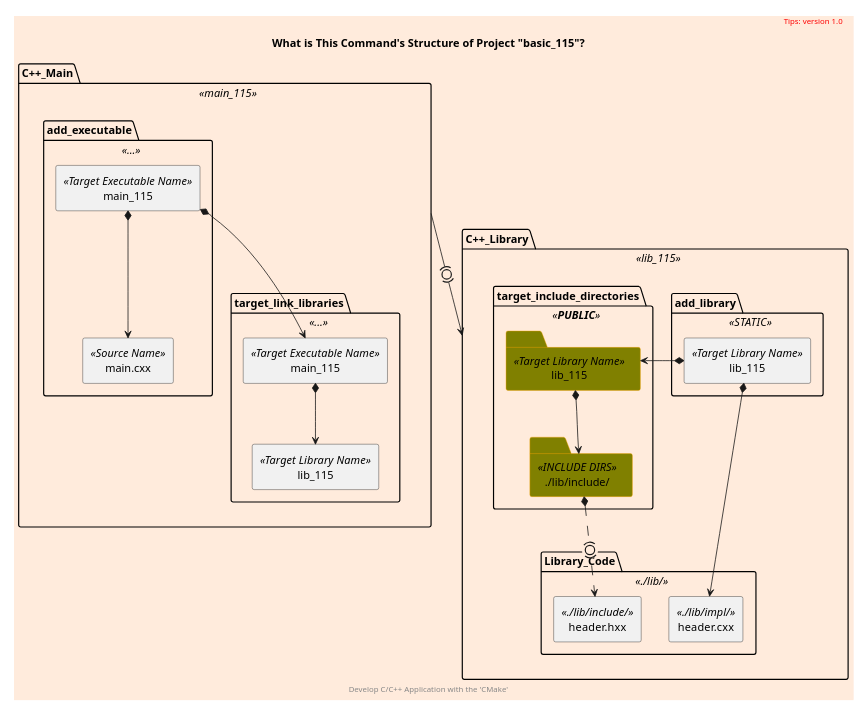
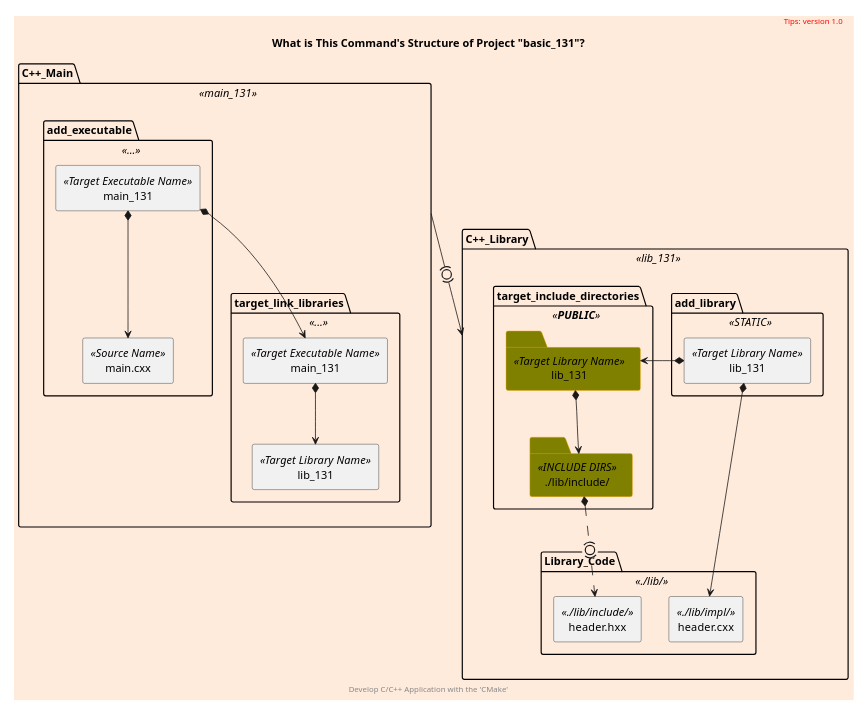
One commit to cnruby/w3h1_cmake changed the diagram in docs/what-command.puml. Above: the diagram before and after it, drawn with PlantUML. The commit also changed 23 other files, not shown here.

```diff
--- a/docs/what-command.puml
+++ b/docs/what-command.puml
@@ -1,59 +1,59 @@
 @startuml
 scale 600 width
 skinparam backgroundColor #FFEBDC
 scale 0.55
 
 skinparam Folder {
   backgroundColor Olive
   borderColor orange
 }
 
-package C++_Main <<main_115>> as cxx_main {
+package C++_Main <<main_131>> as cxx_main {
     package target_link_libraries <<...>> {
-        rectangle main_115 <<Target Executable Name>> as main_115_link
-        rectangle lib_115 <<Target Library Name>> as library_link
+        rectangle main_131 <<Target Executable Name>> as main_131_link
+        rectangle lib_131 <<Target Library Name>> as library_link
     }
     package add_executable <<...>> {
-        rectangle main_115 <<Target Executable Name>> as main_115
+        rectangle main_131 <<Target Executable Name>> as main_131
         rectangle main.cxx <<Source Name>> as main_cxx
     }
 
-    main_115 *--> main_cxx
-    main_115 *--> main_115_link
-    main_115_link *--> library_link
+    main_131 *--> main_cxx
+    main_131 *--> main_131_link
+    main_131_link *--> library_link
 }
 
 
-package C++_Library <<lib_115>> as cxx_lib {
+package C++_Library <<lib_131>> as cxx_lib {
     package add_library <<STATIC>> as add_library {
-        rectangle lib_115 <<Target Library Name>>
+        rectangle lib_131 <<Target Library Name>>
     }
     package target_include_directories <<**PUBLIC**>> as include_lib {
         Folder "./lib/include/" <<INCLUDE DIRS>> as lib
-        Folder lib_115 <<Target Library Name>> as library
+        Folder lib_131 <<Target Library Name>> as library
     }
     package Library_Code <<./lib/>> as library_code {
         rectangle header.hxx <<./lib/include/>> as header_hxx
         rectangle header.cxx <<./lib/impl/>> as header_cxx
     }
 
-    lib_115 *-right-> library
-    lib_115 *--> header_cxx
+    lib_131 *-right-> library
+    lib_131 *--> header_cxx
     library *--> lib
     lib *.(0).> header_hxx
 }
 
 cxx_main -(0)-> cxx_lib
 
 
 title
-    What is This Command's Structure of Project "basic_115"?
+    What is This Command's Structure of Project "basic_131"?
 end title
 
 header
 <font color=red>Tips: version 1.0</font>
 endheader
 
 center footer Develop C/C++ Application with the 'CMake'
 
 @enduml
```
